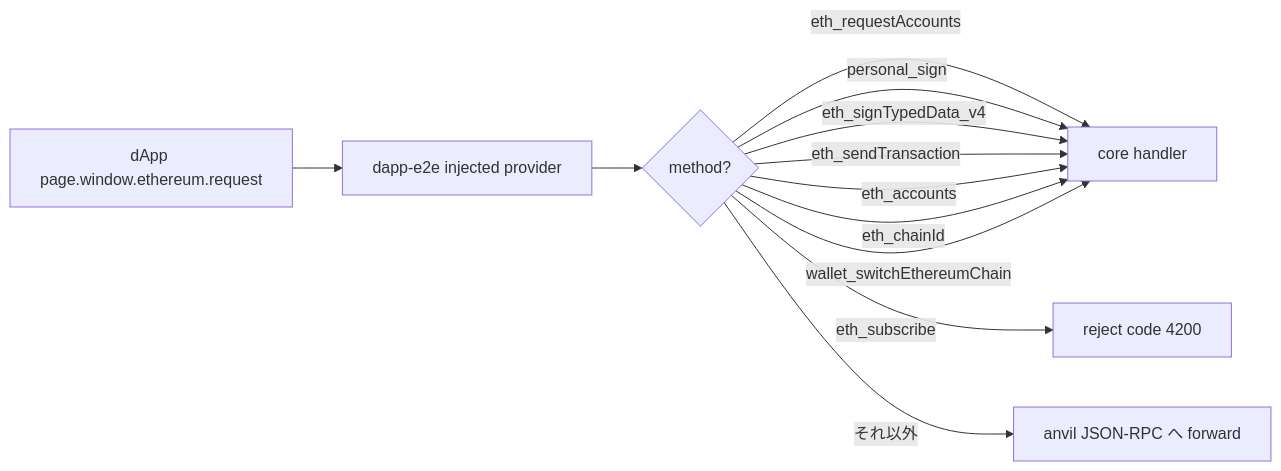
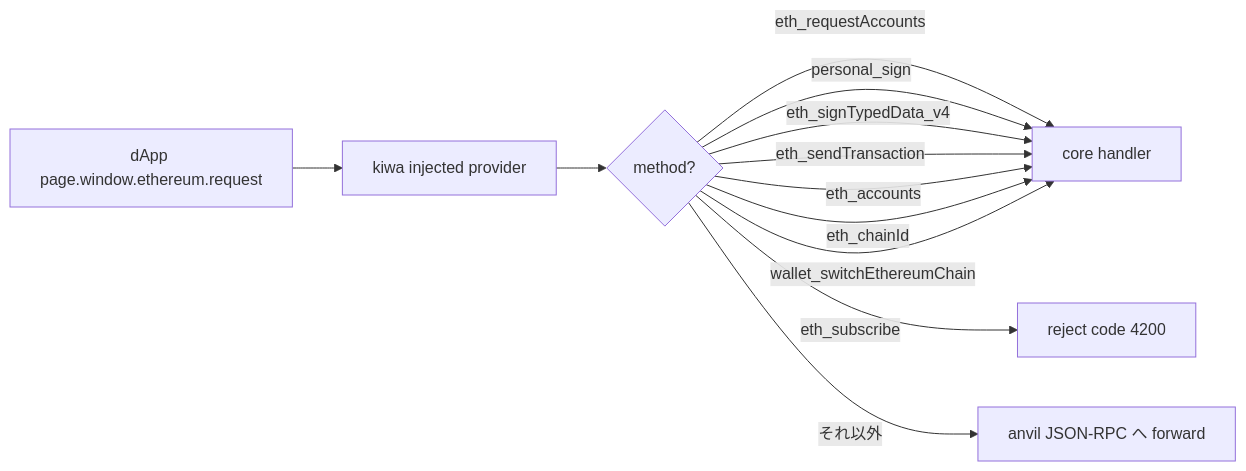
The diagram in docs/ja/concepts/rpc-handling.md (cardene777/kiwa), drawn with Mermaid before and after one commit. The commit also changed other lines of this file and 296 other files, not shown here.

First line of the commit message:
🎨 rebrand: dapp-e2e → kiwa 全面リネーム (npm / repo / docs / skill 4 つ)

````diff
--- a/docs/ja/concepts/rpc-handling.md
+++ b/docs/ja/concepts/rpc-handling.md
@@ -15,14 +15,14 @@
 ```mermaid
 graph LR
-    A[dApp page.window.ethereum.request] --> B[dapp-e2e injected provider]
+    A[dApp page.window.ethereum.request] --> B[kiwa injected provider]
     B --> C{method?}
     C -->|eth_requestAccounts| D[core handler]
     C -->|personal_sign| D
     C -->|eth_signTypedData_v4| D
     C -->|eth_sendTransaction| D
     C -->|eth_accounts| D
     C -->|eth_chainId| D
     C -->|wallet_switchEthereumChain| D
     C -->|eth_subscribe| E[reject code 4200]
     C -->|それ以外| F[anvil JSON-RPC へ forward]
 ```
````
